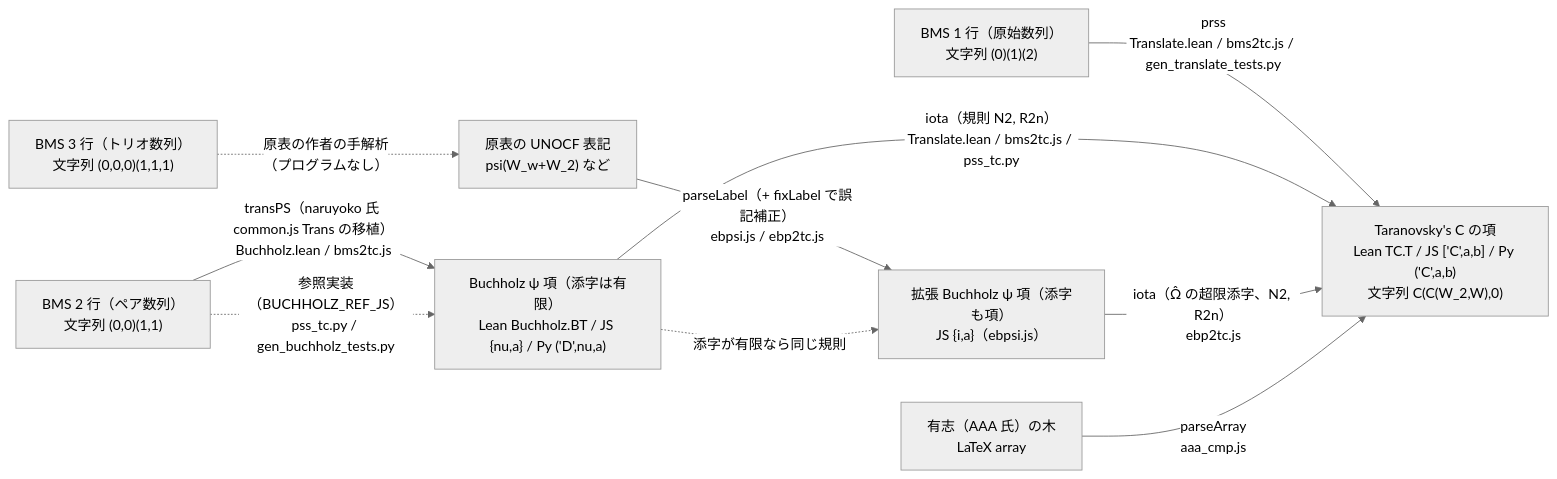
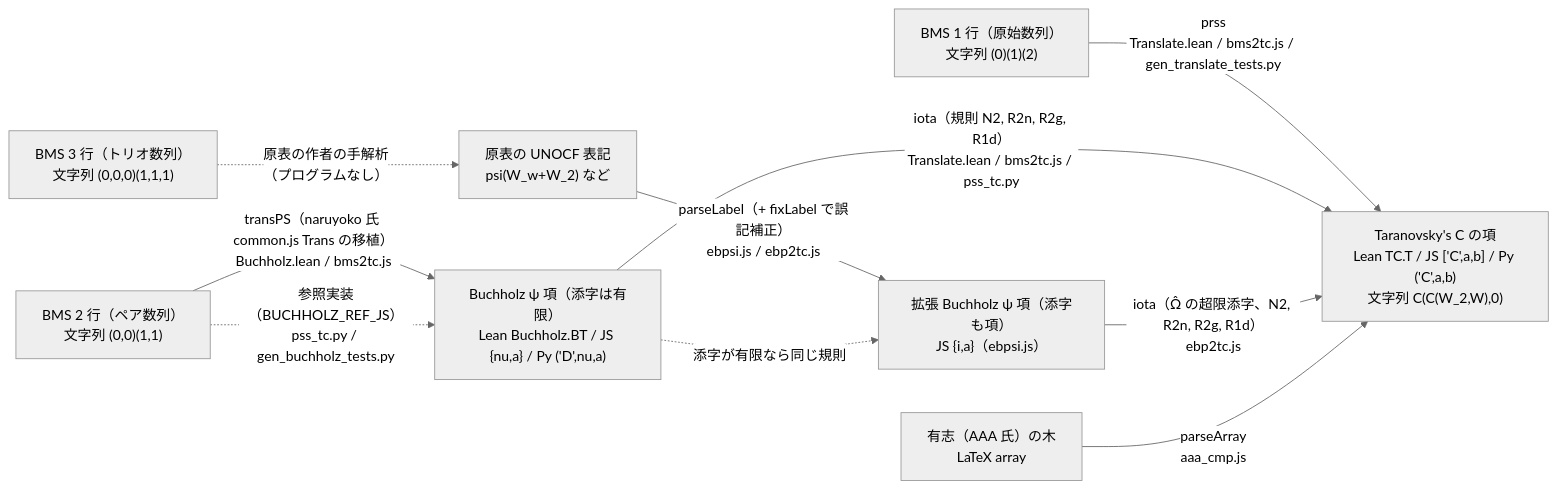
One commit to koteitan/bms-vs-taranovskys-c changed the first of 4 diagrams in tools/README.md. Above: the diagram before and after it, drawn with Mermaid (neutral theme). The commit also changed 18 other files, not shown here.

````diff
--- a/tools/README.md
+++ b/tools/README.md
@@ -10,21 +10,21 @@
 ```mermaid
 flowchart LR
   BMS1["BMS 1 行（原始数列）<br/>文字列 (0)(1)(2)"]
   BMS2["BMS 2 行（ペア数列）<br/>文字列 (0,0)(1,1)"]
   BMS3["BMS 3 行（トリオ数列）<br/>文字列 (0,0,0)(1,1,1)"]
   LABEL["原表の UNOCF 表記<br/>psi(W_w+W_2) など"]
   BT["Buchholz ψ 項（添字は有限）<br/>Lean Buchholz.BT / JS {nu,a} / Py ('D',nu,a)"]
   EBP["拡張 Buchholz ψ 項（添字も項）<br/>JS {i,a}（ebpsi.js）"]
   TC["Taranovsky's C の項<br/>Lean TC.T / JS ['C',a,b] / Py ('C',a,b)<br/>文字列 C(C(W_2,W),0)"]
   AAA["有志（AAA 氏）の木<br/>LaTeX array"]
 
   BMS1 -->|"prss<br/>Translate.lean / bms2tc.js / gen_translate_tests.py"| TC
   BMS2 -->|"transPS（naruyoko 氏 common.js Trans の移植）<br/>Buchholz.lean / bms2tc.js"| BT
   BMS2 -.->|"参照実装（BUCHHOLZ_REF_JS）<br/>pss_tc.py / gen_buchholz_tests.py"| BT
-  BT -->|"iota（規則 N2, R2n）<br/>Translate.lean / bms2tc.js / pss_tc.py"| TC
+  BT -->|"iota（規則 N2, R2n, R2g, R1d）<br/>Translate.lean / bms2tc.js / pss_tc.py"| TC
   BMS3 -.->|"原表の作者の手解析<br/>（プログラムなし）"| LABEL
   LABEL -->|"parseLabel（+ fixLabel で誤記補正）<br/>ebpsi.js / ebp2tc.js"| EBP
-  EBP -->|"iota（Ω̂ の超限添字、N2, R2n）<br/>ebp2tc.js"| TC
+  EBP -->|"iota（Ω̂ の超限添字、N2, R2n, R2g, R1d）<br/>ebp2tc.js"| TC
   BT -.->|"添字が有限なら同じ規則"| EBP
   AAA -->|"parseArray<br/>aaa_cmp.js"| TC
 ```
````
